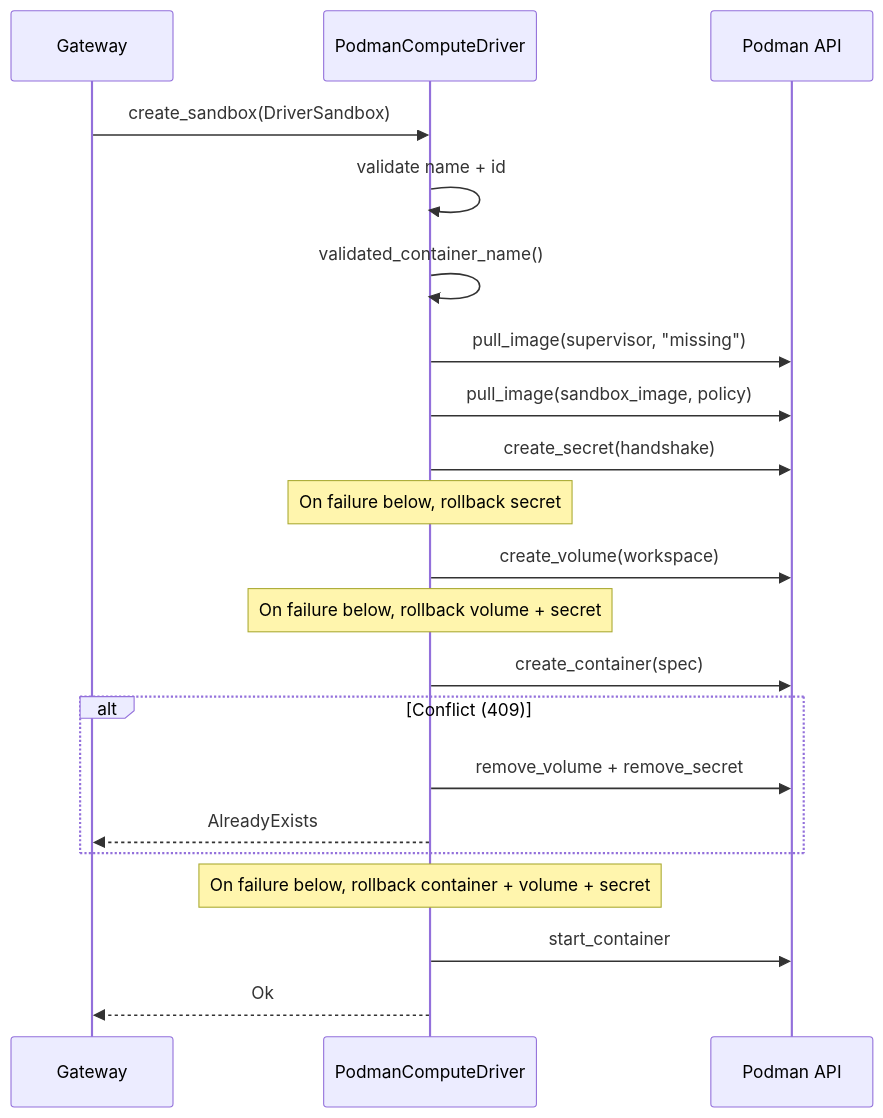
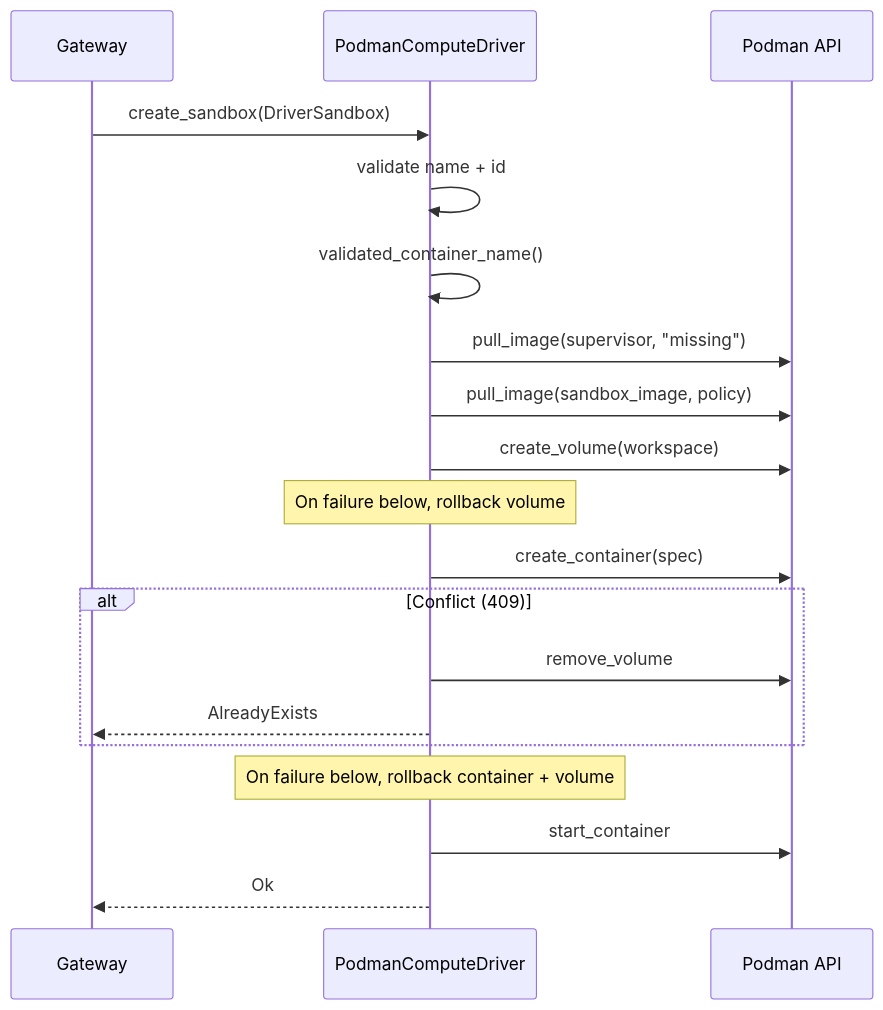
Before and after one commit to latenighthackathon/OpenShell: the fourth of 4 diagrams in crates/openshell-driver-podman/README.md, drawn with Mermaid. The commit also changed other lines of this file and 44 other files, not shown here.

First line of the commit message:
refactor!(auth): drop SSH handshake secret (#1274)

````diff
--- a/crates/openshell-driver-podman/README.md
+++ b/crates/openshell-driver-podman/README.md
@@ -229,29 +226,26 @@
 ```mermaid
 sequenceDiagram
     participant GW as Gateway
     participant D as PodmanComputeDriver
     participant P as Podman API
 
     GW->>D: create_sandbox(DriverSandbox)
     D->>D: validate name + id
     D->>D: validated_container_name()
 
     D->>P: pull_image(supervisor, "missing")
     D->>P: pull_image(sandbox_image, policy)
 
-    D->>P: create_secret(handshake)
-    Note over D: On failure below, rollback secret
-
     D->>P: create_volume(workspace)
-    Note over D: On failure below, rollback volume + secret
+    Note over D: On failure below, rollback volume
 
     D->>P: create_container(spec)
     alt Conflict (409)
-        D->>P: remove_volume + remove_secret
+        D->>P: remove_volume
         D-->>GW: AlreadyExists
     end
-    Note over D: On failure below, rollback container + volume + secret
+    Note over D: On failure below, rollback container + volume
 
     D->>P: start_container
     D-->>GW: Ok
 ```
````
